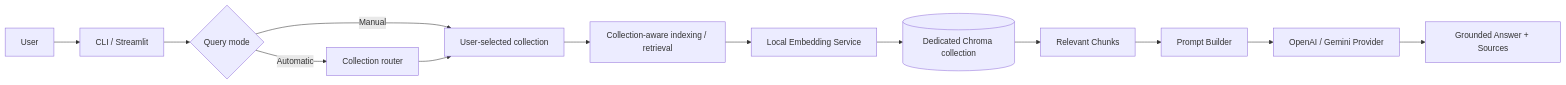
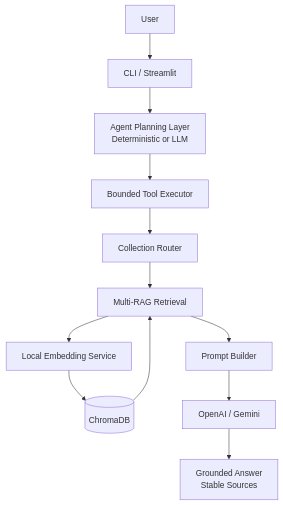
Before and after one commit to berkin9/MiniRAG-Assistant: the diagram in README.md, drawn with Mermaid. The commit also changed other lines of this file, not shown here.

````diff
--- a/README.md
+++ b/README.md
@@ -33,15 +66,37 @@
 ```mermaid
-flowchart LR
-    U[User] --> E[CLI / Streamlit]
-    E --> M{Query mode}
-    M -->|Manual| S[User-selected collection]
-    M -->|Automatic| RT[Collection router]
-    RT --> S
-    S --> R[Collection-aware indexing / retrieval]
-    R --> EM[Local Embedding Service]
-    EM --> C[(Dedicated Chroma collection)]
-    C --> RC[Relevant Chunks]
-    RC --> P[Prompt Builder]
-    P --> L[OpenAI / Gemini Provider]
-    L --> A[Grounded Answer + Sources]
+flowchart TD
+
+    U[User]
+
+    UI[CLI / Streamlit]
+
+    PLAN[Agent Planning Layer<br/>Deterministic or LLM]
+
+    EXEC[Bounded Tool Executor]
+
+    ROUTE[Collection Router]
+
+    RETRIEVE[Multi-RAG Retrieval]
+
+    EMB[Local Embedding Service]
+
+    CHROMA[(ChromaDB)]
+
+    PROMPT[Prompt Builder]
+
+    LLM[OpenAI / Gemini]
+
+    ANSWER[Grounded Answer<br/>Stable Sources]
+
+    U --> UI
+    UI --> PLAN
+    PLAN --> EXEC
+    EXEC --> ROUTE
+    ROUTE --> RETRIEVE
+    RETRIEVE --> EMB
+    EMB --> CHROMA
+    CHROMA --> RETRIEVE
+    RETRIEVE --> PROMPT
+    PROMPT --> LLM
+    LLM --> ANSWER
 ```
````
